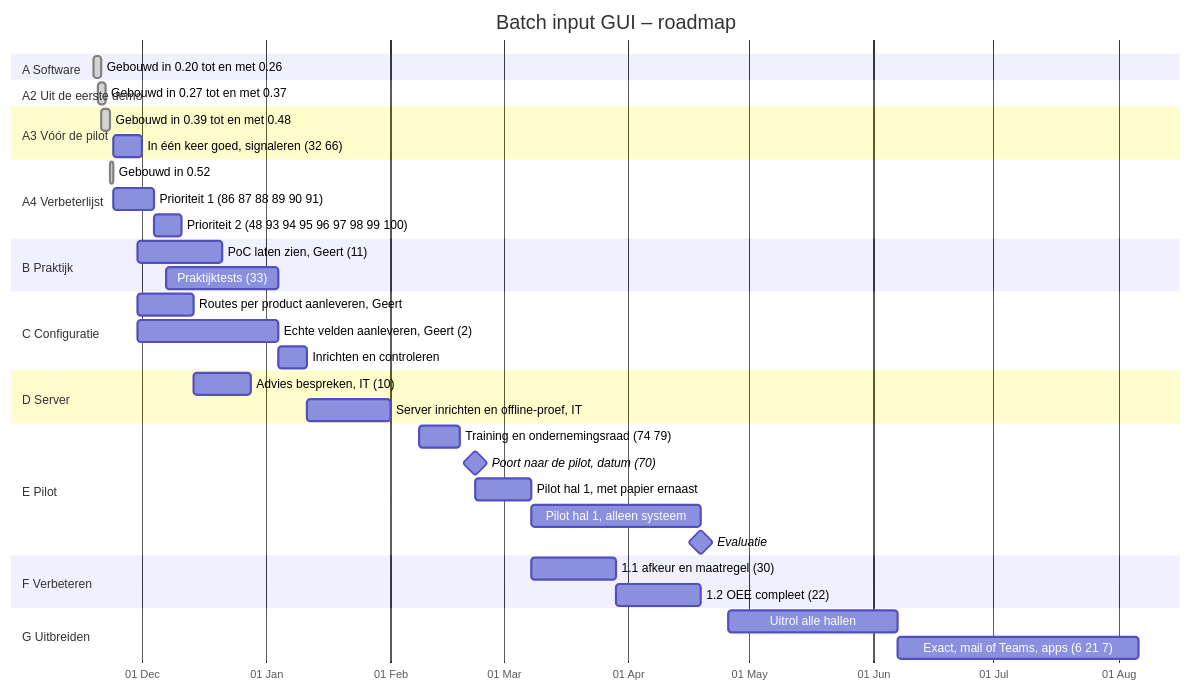
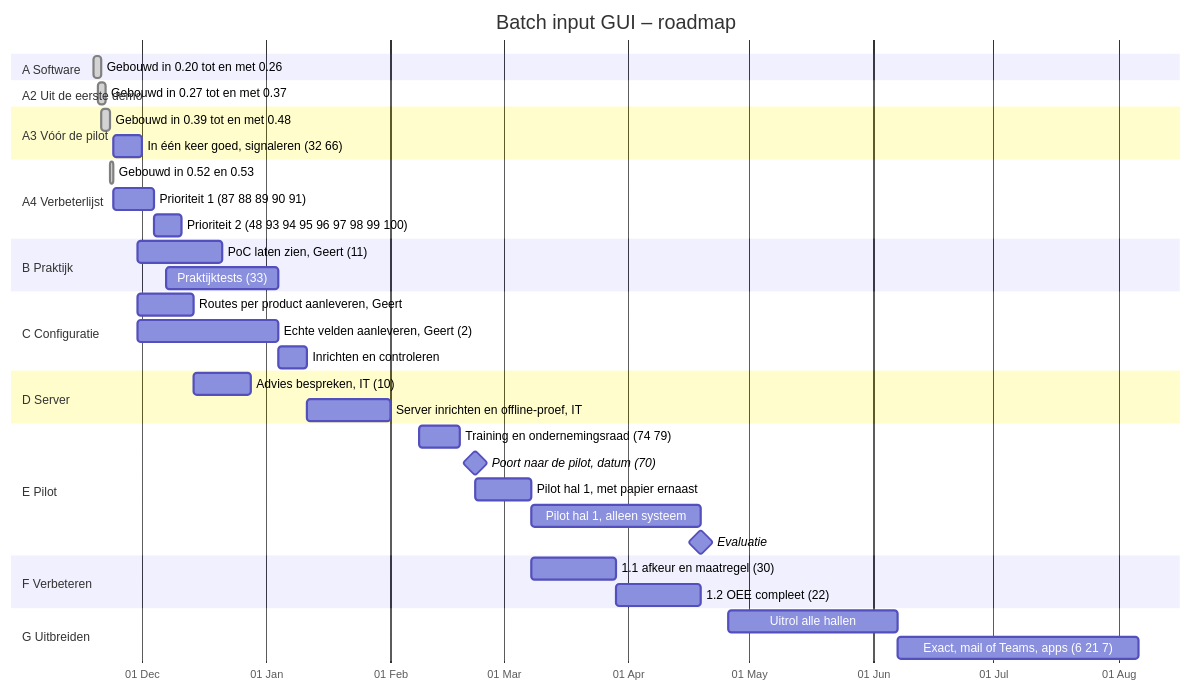
The diagram in ROADMAP.md (Gertjun/Manufacturing-Execution-System), drawn with Mermaid before and after one commit. The commit also changed other lines of this file and 32 other files, not shown here.

````diff
--- a/ROADMAP.md
+++ b/ROADMAP.md
@@ -12,50 +12,50 @@
 ```mermaid
 gantt
     title Batch input GUI – roadmap
     dateFormat YYYY-MM-DD
     axisFormat %d %b
     todayMarker on
 
     section A Software
     Gebouwd in 0.20 tot en met 0.26          :done, a1, 2026-11-19, 2d
 
     section A2 Uit de eerste demo
     Gebouwd in 0.27 tot en met 0.37          :done, a2, 2026-11-20, 2d
 
     section A3 Vóór de pilot
     Gebouwd in 0.39 tot en met 0.48          :done, a3a, 2026-11-21, 2d
     In één keer goed, signaleren (32 66)     :a3b, 2026-11-24, 7d
 
     section A4 Verbeterlijst
-    Gebouwd in 0.52                          :done, a4g, 2026-11-23, 1d
-    Prioriteit 1 (86 87 88 89 90 91)         :a4a, 2026-11-24, 10d
+    Gebouwd in 0.52 en 0.53                  :done, a4g, 2026-11-23, 1d
+    Prioriteit 1 (87 88 89 90 91)            :a4a, 2026-11-24, 10d
     Prioriteit 2 (48 93 94 95 96 97 98 99 100) :a4b, after a4a, 7d
 
     section B Praktijk
     PoC laten zien, Geert (11)               :b1, 2026-11-30, 21d
     Praktijktests (33)                       :b2, 2026-12-07, 28d
 
     section C Configuratie
     Routes per product aanleveren, Geert     :c0, 2026-11-30, 14d
     Echte velden aanleveren, Geert (2)       :c1, 2026-11-30, 35d
     Inrichten en controleren                 :c2, after c1, 7d
 
     section D Server
     Advies bespreken, IT (10)                :d1, 2026-12-14, 14d
     Server inrichten en offline-proef, IT    :d2, 2027-01-11, 21d
 
     section E Pilot
     Training en ondernemingsraad (74 79)     :e0, 2027-02-08, 10d
     Poort naar de pilot, datum (70)          :milestone, m1, 2027-02-22, 0d
     Pilot hal 1, met papier ernaast          :e1, 2027-02-22, 14d
     Pilot hal 1, alleen systeem              :e2, after e1, 42d
     Evaluatie                                :milestone, m2, 2027-04-19, 0d
 
     section F Verbeteren
     1.1 afkeur en maatregel (30)             :f1, 2027-03-08, 21d
     1.2 OEE compleet (22)                    :f2, after f1, 21d
 
     section G Uitbreiden
     Uitrol alle hallen                       :g1, 2027-04-26, 42d
     Exact, mail of Teams, apps (6 21 7)      :g2, 2027-06-07, 60d
 ```
````
